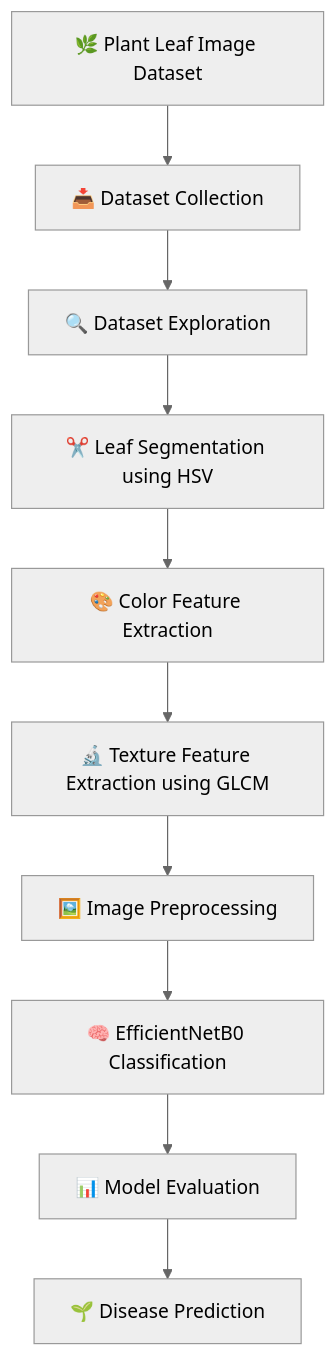
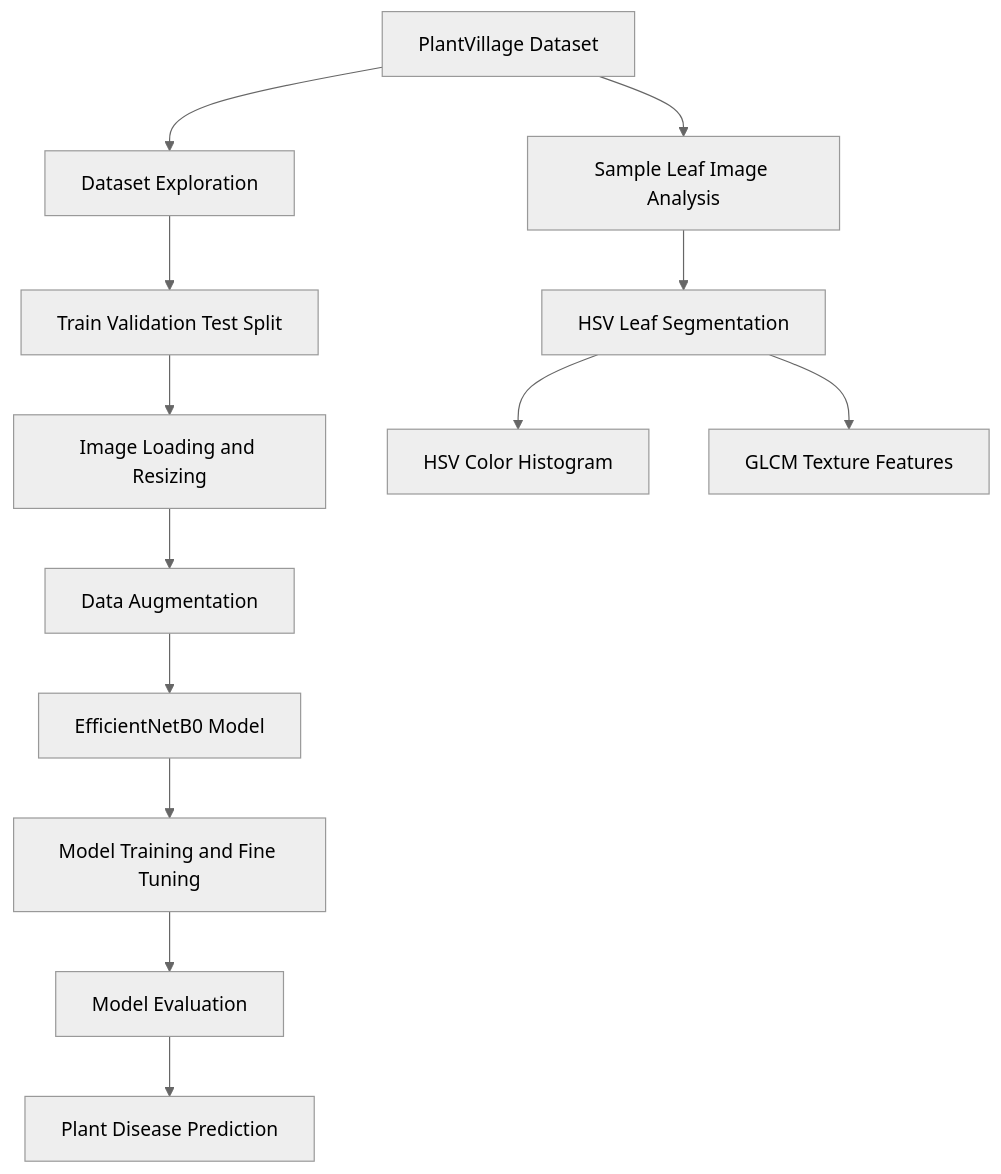
Before and after one commit to Riya6567/Smart-Agriculture---Plant-Disease-Detection-Using-Leaf-Image-Processing: the diagram in README.md, drawn with Mermaid (neutral theme). The commit also changed other lines of this file, not shown here.

First line of the commit message:
Revise README for updated image processing pipeline

````diff
--- a/README.md
+++ b/README.md
@@ -133,12 +133,18 @@
 ```mermaid
+
 flowchart TD
-    A["🌿 Plant Leaf Image Dataset"] --> B["📥 Dataset Collection"]
-    B --> C["🔍 Dataset Exploration"]
-    C --> D["✂️ Leaf Segmentation using HSV"]
-    D --> E["🎨 Color Feature Extraction"]
-    E --> F["🔬 Texture Feature Extraction using GLCM"]
-    F --> G["🖼️ Image Preprocessing"]
-    G --> H["🧠 EfficientNetB0 Classification"]
-    H --> I["📊 Model Evaluation"]
-    I --> J["🌱 Disease Prediction"]
+    A["PlantVillage Dataset"] --> B["Dataset Exploration"]
+    B --> C["Train Validation Test Split"]
+    C --> D["Image Loading and Resizing"]
+    D --> E["Data Augmentation"]
+    E --> F["EfficientNetB0 Model"]
+    F --> G["Model Training and Fine Tuning"]
+    G --> H["Model Evaluation"]
+    H --> I["Plant Disease Prediction"]
+
+    A --> J["Sample Leaf Image Analysis"]
+    J --> K["HSV Leaf Segmentation"]
+    K --> L["HSV Color Histogram"]
+    K --> M["GLCM Texture Features"]
+
 ```
````
